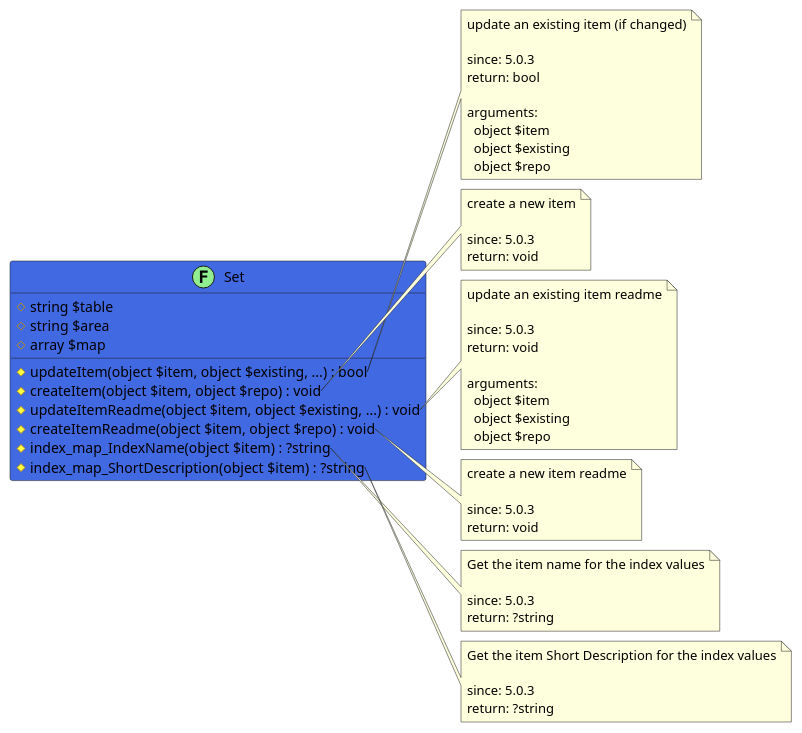
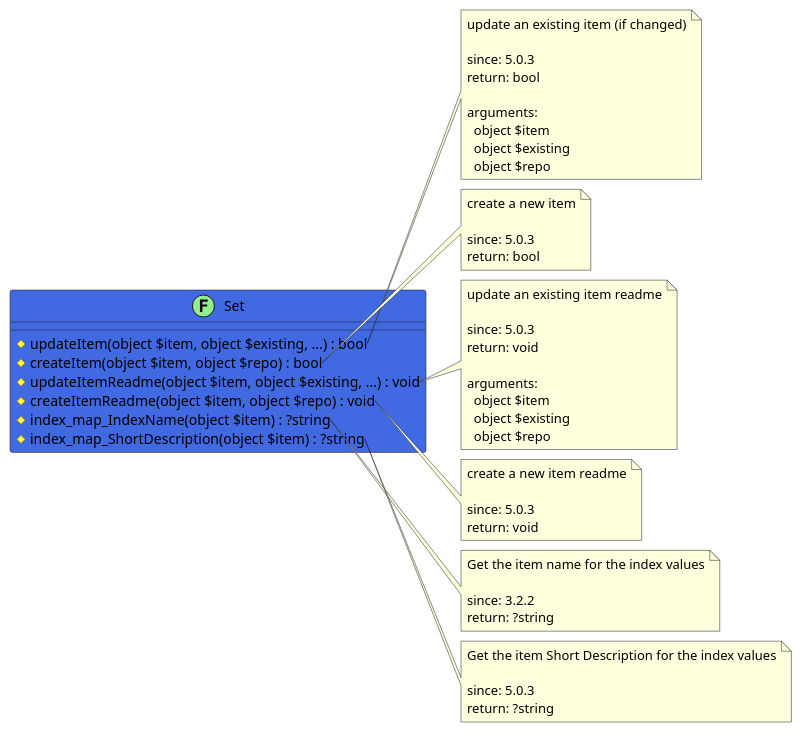
One commit to joomengine/jcb-compiler changed the diagram in src/d45b9f58-e4d7-4b0a-be05-e34c6fa215c8/README.md. Above: the diagram before and after it, drawn with PlantUML. The commit also changed 99 other files, not shown here.

````diff
--- a/src/d45b9f58-e4d7-4b0a-be05-e34c6fa215c8/README.md
+++ b/src/d45b9f58-e4d7-4b0a-be05-e34c6fa215c8/README.md
@@ -13,68 +13,65 @@
 ```uml
 @startuml
 class Set << (F,LightGreen) >> #RoyalBlue {
-  # string $table
-  # string $area
-  # array $map
   # updateItem(object $item, object $existing, ...) : bool
-  # createItem(object $item, object $repo) : void
+  # createItem(object $item, object $repo) : bool
   # updateItemReadme(object $item, object $existing, ...) : void
   # createItemReadme(object $item, object $repo) : void
   # index_map_IndexName(object $item) : ?string
   # index_map_ShortDescription(object $item) : ?string
 }
 
 note right of Set::updateItem
   update an existing item (if changed)
 
   since: 5.0.3
   return: bool
   
   arguments:
     object $item
     object $existing
     object $repo
 end note
 
 note right of Set::createItem
   create a new item
 
   since: 5.0.3
-  return: void
+  return: bool
 end note
 
 note right of Set::updateItemReadme
   update an existing item readme
 
   since: 5.0.3
   return: void
   
   arguments:
     object $item
     object $existing
     object $repo
 end note
 
 note right of Set::createItemReadme
   create a new item readme
 
   since: 5.0.3
   return: void
 end note
 
 note right of Set::index_map_IndexName
   Get the item name for the index values
 
-  since: 5.0.3
+  since: 3.2.2
   return: ?string
 end note
 
 note right of Set::index_map_ShortDescription
   Get the item Short Description for the index values
 
   since: 5.0.3
   return: ?string
 end note
  
 @enduml
 ```
````
